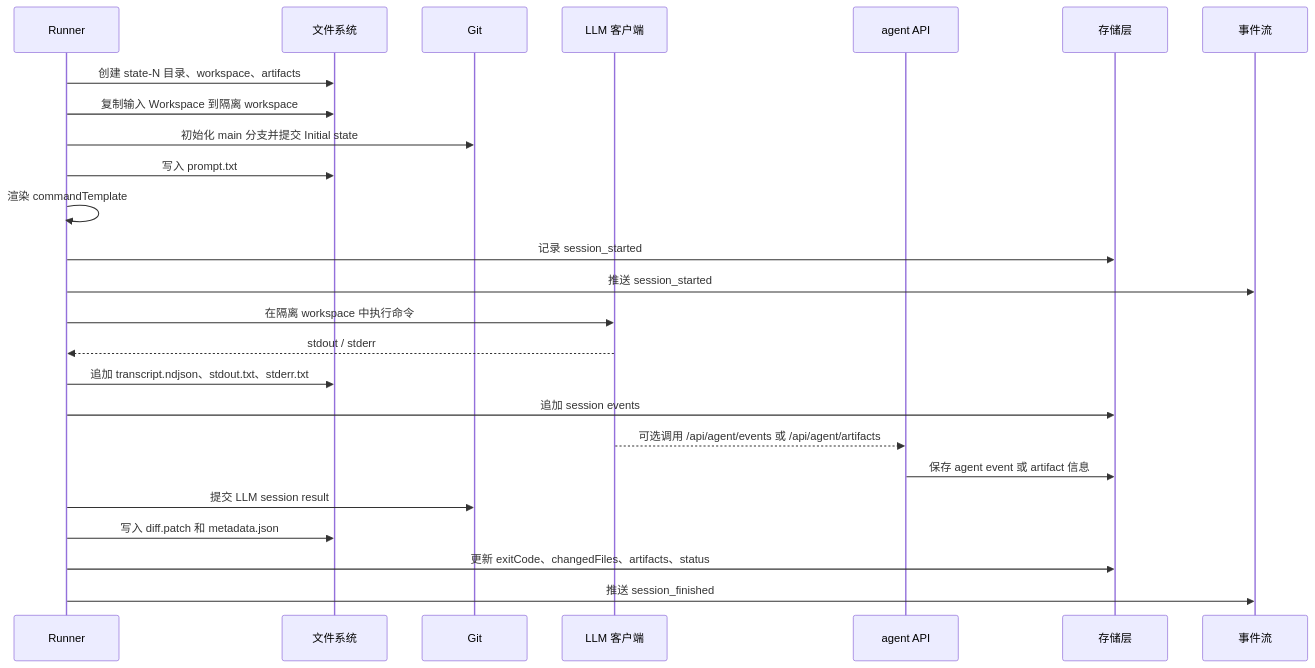
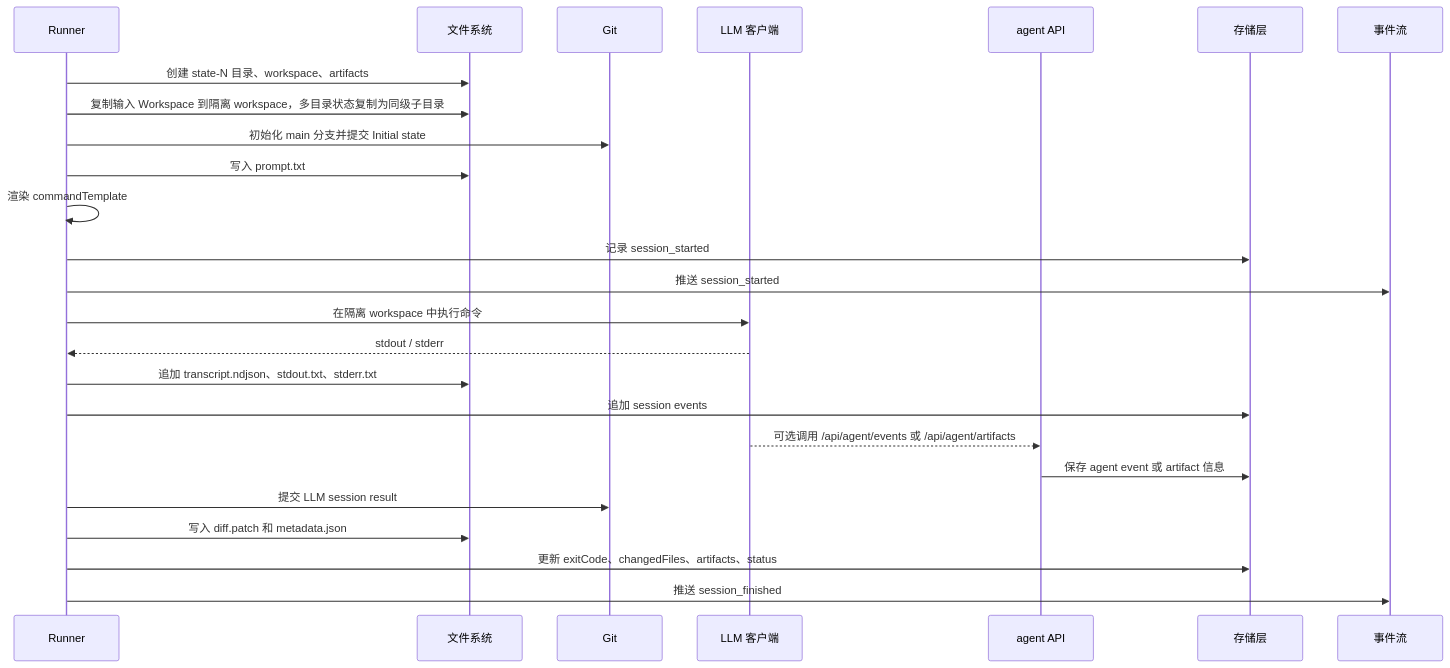
Before and after one commit to huangwb8/llm-status-machine: the fourth of 4 diagrams in docs/how-it-works.md, drawn with Mermaid. The commit also changed other lines of this file and 10 other files, not shown here.

````diff
--- a/docs/how-it-works.md
+++ b/docs/how-it-works.md
@@ -110,28 +110,28 @@
 ```mermaid
 sequenceDiagram
   participant Runner
   participant FS as 文件系统
   participant Git
   participant Client as LLM 客户端
   participant AgentAPI as agent API
   participant Store as 存储层
   participant Events as 事件流
 
   Runner->>FS: 创建 state-N 目录、workspace、artifacts
-  Runner->>FS: 复制输入 Workspace 到隔离 workspace
+  Runner->>FS: 复制输入 Workspace 到隔离 workspace，多目录状态复制为同级子目录
   Runner->>Git: 初始化 main 分支并提交 Initial state
   Runner->>FS: 写入 prompt.txt
   Runner->>Runner: 渲染 commandTemplate
   Runner->>Store: 记录 session_started
   Runner->>Events: 推送 session_started
   Runner->>Client: 在隔离 workspace 中执行命令
   Client-->>Runner: stdout / stderr
   Runner->>FS: 追加 transcript.ndjson、stdout.txt、stderr.txt
   Runner->>Store: 追加 session events
   Client-->>AgentAPI: 可选调用 /api/agent/events 或 /api/agent/artifacts
   AgentAPI->>Store: 保存 agent event 或 artifact 信息
   Runner->>Git: 提交 LLM session result
   Runner->>FS: 写入 diff.patch 和 metadata.json
   Runner->>Store: 更新 exitCode、changedFiles、artifacts、status
   Runner->>Events: 推送 session_finished
 ```
````
